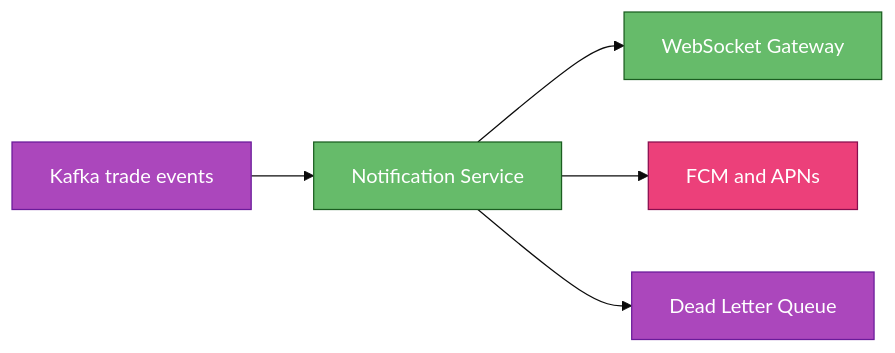
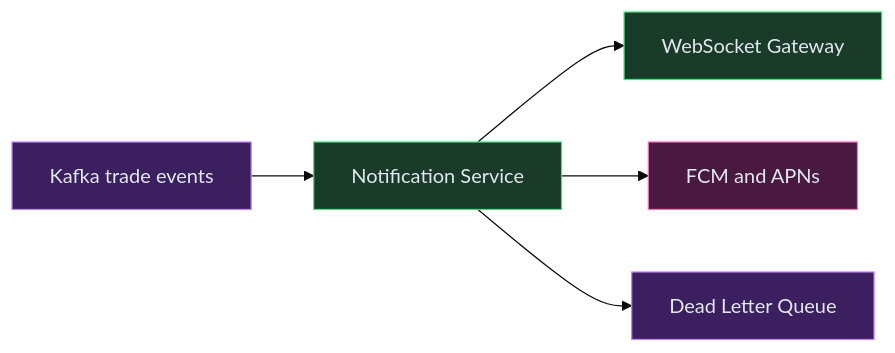
The fourth of 9 diagrams in content/hld/StockBroker.md (iluzn/HLD-Designs), drawn with Mermaid (base theme) before and after one commit. The commit also changed other lines of this file and 11 other files, not shown here.

Commit message:
Fix: softer mermaid colors, theme toggle always visible on mobile, consistent across all pages

````diff
--- a/content/hld/StockBroker.md
+++ b/content/hld/StockBroker.md
@@ -279,17 +279,17 @@
 ```mermaid
 flowchart LR
     KF["Kafka trade events"]:::async
     NS["Notification Service"]:::service
     WS["WebSocket Gateway"]:::service
     FCM["FCM and APNs"]:::external
     DLQ["Dead Letter Queue"]:::async
 
     KF --> NS
     NS --> WS
     NS --> FCM
     NS --> DLQ
 
-    classDef service fill:#66BB6A,stroke:#1B5E20,color:#fff
-    classDef async fill:#AB47BC,stroke:#6A1B9A,color:#fff
-    classDef external fill:#EC407A,stroke:#880E4F,color:#fff
+    classDef service fill:#1a3a2a,stroke:#4ade80,color:#e2e8f0
+    classDef async fill:#3b1f5e,stroke:#c084fc,color:#e2e8f0
+    classDef external fill:#4a1942,stroke:#f472b6,color:#e2e8f0
 ```
````
